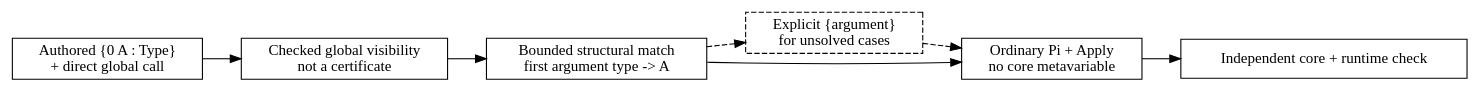
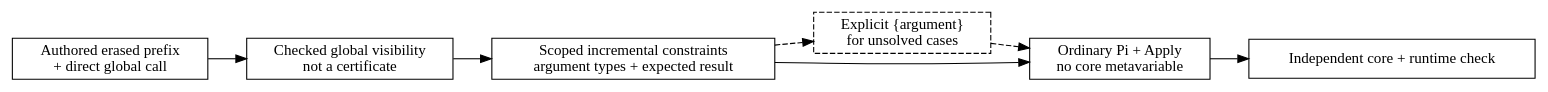
Before and after one commit to odunboye/fibril: the diagram in docs/diagrams/implicit-arguments.dot, drawn with Graphviz. The commit also changed 17 other files, not shown here.

Commit message:
Infer implicit prefixes across argument and result constraints

```diff
--- a/docs/diagrams/implicit-arguments.dot
+++ b/docs/diagrams/implicit-arguments.dot
@@ -1,13 +1,13 @@
 digraph ImplicitArguments {
   rankdir=LR;
   node [shape=box];
-  source [label="Authored {0 A : Type}\n+ direct global call"];
+  source [label="Authored erased prefix\n+ direct global call"];
   metadata [label="Checked global visibility\nnot a certificate"];
-  solve [label="Bounded structural match\nfirst argument type -> A"];
+  solve [label="Scoped incremental constraints\nargument types + expected result"];
   explicit [label="Explicit {argument}\nfor unsolved cases", style=dashed];
   core [label="Ordinary Pi + Apply\nno core metavariable"];
   check [label="Independent core + runtime check"];
   source -> metadata -> solve -> core -> check;
   solve -> explicit [style=dashed];
   explicit -> core [style=dashed];
 }
```
